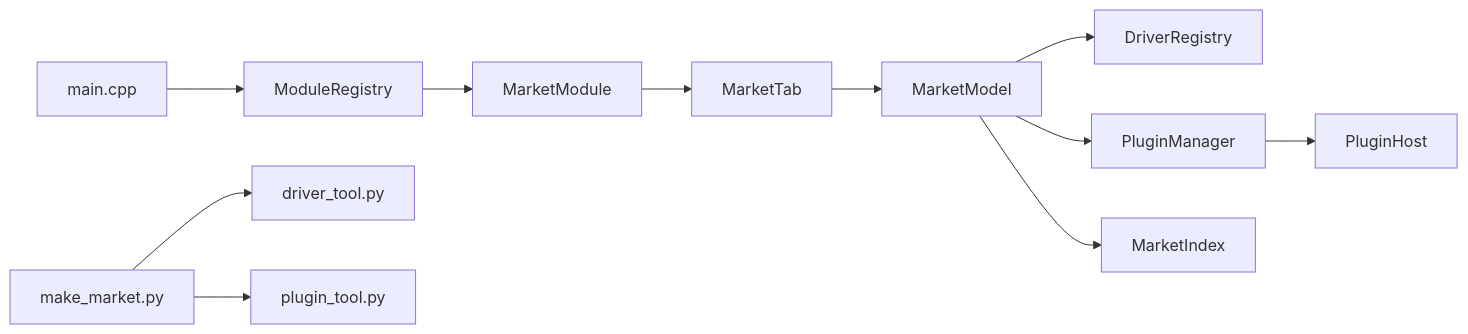
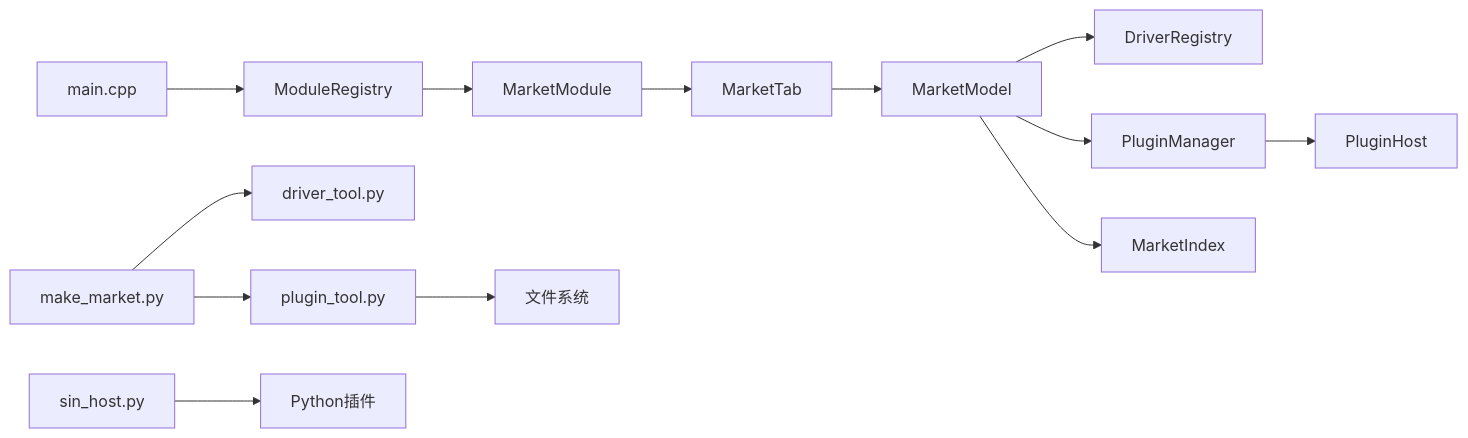
Before and after one commit to jakecai1225-design/OpenBus: the third of 6 diagrams in .qoder/repowiki/zh/content/架构设计/插件系统架构/插件市场系统.md, drawn with Mermaid. The commit also changed other lines of this file and 151 other files, not shown here.

````diff
--- a/.qoder/repowiki/zh/content/架构设计/插件系统架构/插件市场系统.md
+++ b/.qoder/repowiki/zh/content/架构设计/插件系统架构/插件市场系统.md
@@ -273,13 +219,15 @@
 ```mermaid
 graph LR
 Main["main.cpp"] --> ModReg["ModuleRegistry"]
 ModReg --> MarketMod["MarketModule"]
 MarketMod --> MarketTab["MarketTab"]
 MarketTab --> MarketModel["MarketModel"]
 MarketModel --> DriverReg["DriverRegistry"]
 MarketModel --> PluginMgr["PluginManager"]
 MarketModel --> MarketIdx["MarketIndex"]
 PluginMgr --> PluginHost["PluginHost"]
 MakeMkt["make_market.py"] --> DriverTool["driver_tool.py"]
 MakeMkt --> PluginTool["plugin_tool.py"]
+PluginTool --> FS["文件系统"]
+SinHost["sin_host.py"] --> Plugins["Python插件"]
 ```
````
